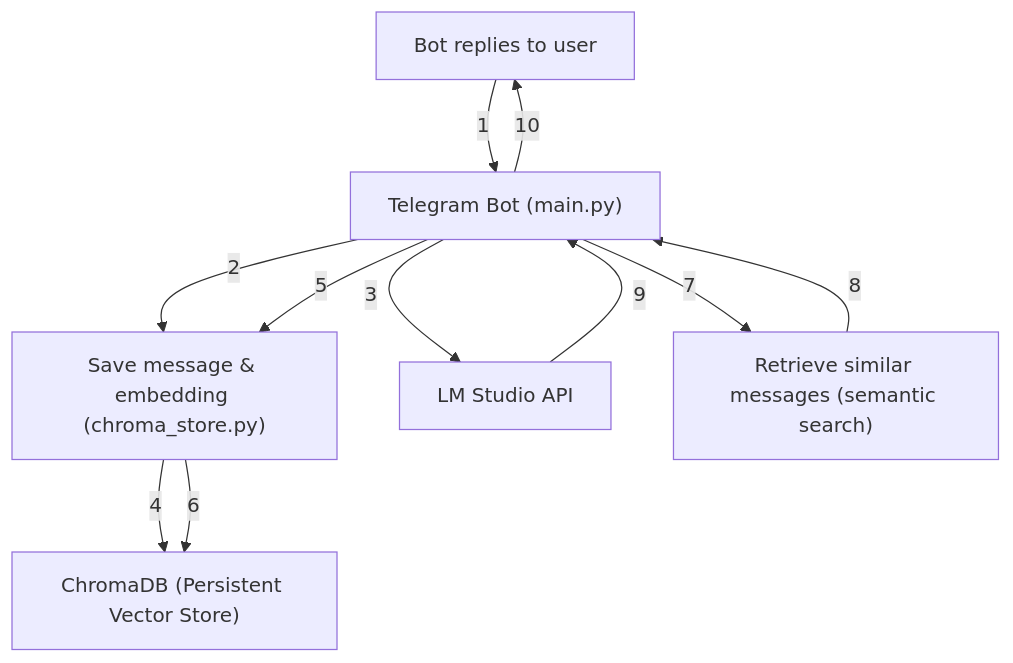
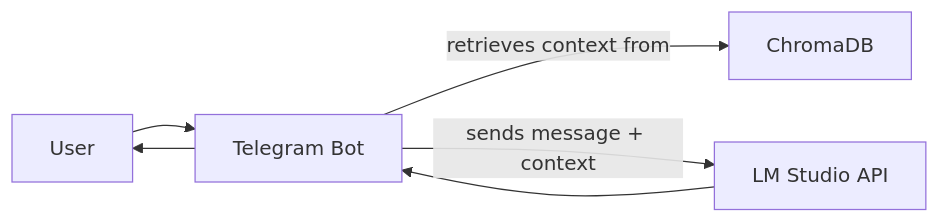
Before and after one commit to adnjoo/PrivateGPT: the diagram in README.md, drawn with Mermaid.

````diff
--- a/README.md
+++ b/README.md
@@ -21,13 +21,8 @@
 ```mermaid
-flowchart TD
-    User["User sends message"] -->|1| Bot["Telegram Bot (main.py)"]
-    Bot -->|2| ChromaStore["Save message & embedding (chroma_store.py)"]
-    Bot -->|3| LMStudio["LM Studio API"]
-    ChromaStore -->|4| ChromaDB["ChromaDB (Persistent Vector Store)"]
-    Bot -->|5| ChromaStore
-    ChromaStore -->|6| ChromaDB
-    Bot -->|7| Similar["Retrieve similar messages (semantic search)"]
-    Similar -->|8| Bot
-    LMStudio -->|9| Bot
-    Bot -->|10| User["Bot replies to user"]
+flowchart LR
+    User["User"] --> Bot["Telegram Bot"]
+    Bot -- "retrieves context from" --> ChromaDB["ChromaDB"]
+    Bot -- "sends message + context" --> LMStudio["LM Studio API"]
+    LMStudio --> Bot
+    Bot --> User
 ```
````
